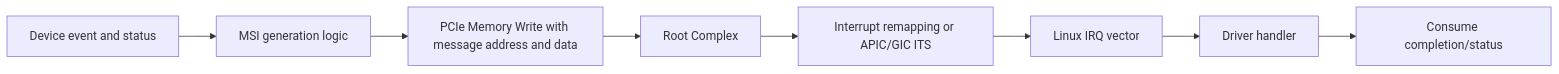
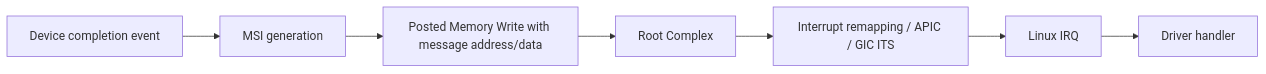
The second of 4 diagrams in docs/articles/pcie/pci-07-intx-msi-msix-threaded-irq.md (cdragon-ljl/EEandEdgeAI), drawn with Mermaid before and after one commit. The commit also changed other lines of this file and 4 other files, not shown here.

Commit message:
docs: rebuild PCIe interrupt and DMA path

````diff
--- a/docs/articles/pcie/pci-07-intx-msi-msix-threaded-irq.md
+++ b/docs/articles/pcie/pci-07-intx-msi-msix-threaded-irq.md
@@ -42,10 +70,9 @@
 ```mermaid
 flowchart LR
-    EVT[Device event and status] --> GEN[MSI generation logic]
-    GEN --> TLP[PCIe Memory Write with message address and data]
+    EVT[Device completion event] --> GEN[MSI generation]
+    GEN --> TLP[Posted Memory Write with message address/data]
     TLP --> RC[Root Complex]
-    RC --> IR[Interrupt remapping or APIC/GIC ITS]
-    IR --> V[Linux IRQ vector]
-    V --> H[Driver handler]
-    H --> ACK[Consume completion/status]
+    RC --> REMAP[Interrupt remapping / APIC / GIC ITS]
+    REMAP --> IRQ[Linux IRQ]
+    IRQ --> HANDLER[Driver handler]
 ```
````
